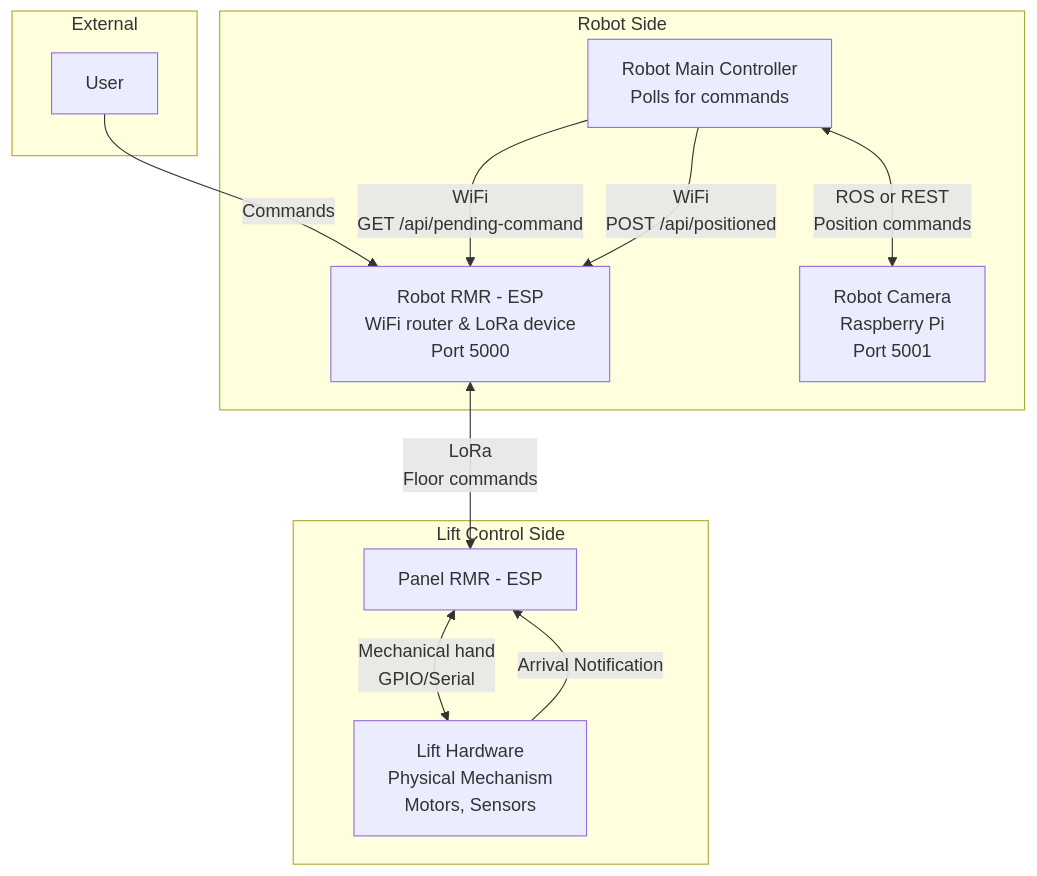
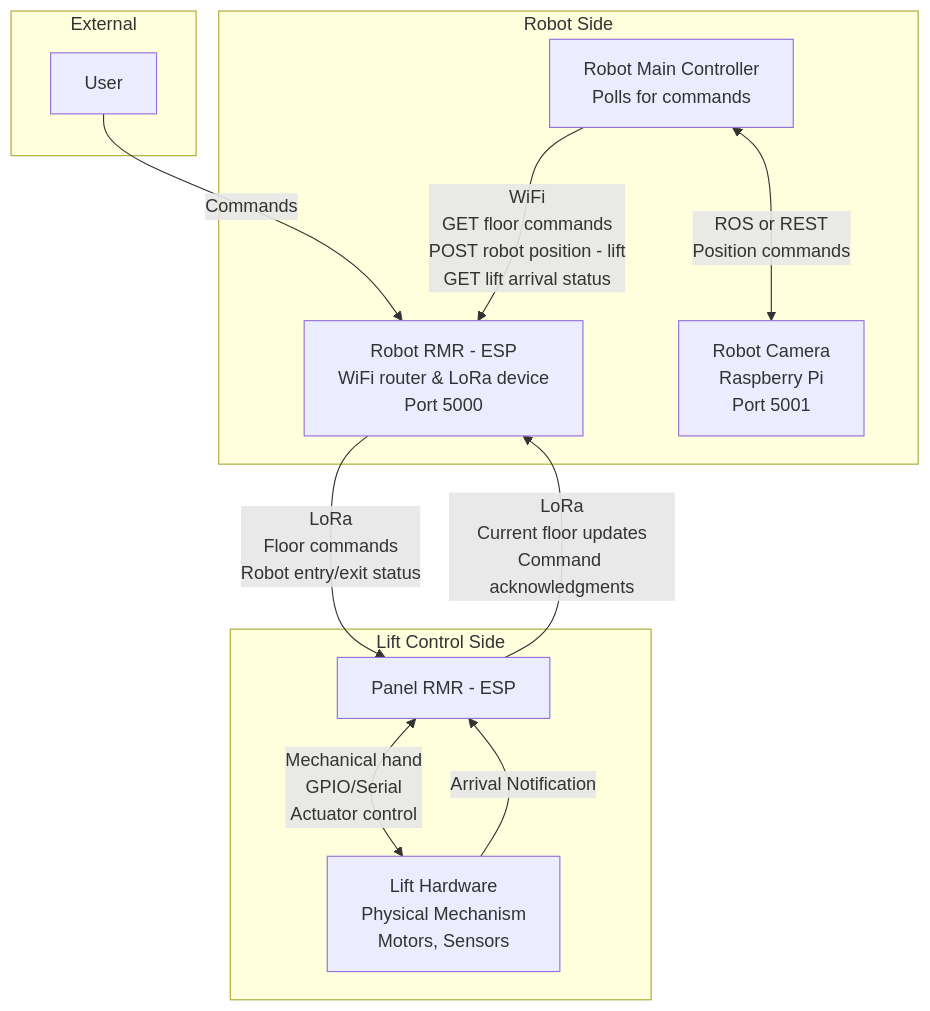
One commit to in-is-ah/rmr changed the second of 2 diagrams in senthil_version_sequence_diagram.md. Above: the diagram before and after it, drawn with Mermaid.

Commit message:
Refactor RobotMainController commands in diagram

````diff
--- a/senthil_version_sequence_diagram.md
+++ b/senthil_version_sequence_diagram.md
@@ -76,25 +76,25 @@
 ```mermaid
 graph TB
     subgraph "External"
         User[User]
     end
     
     subgraph "Robot Side"
         RobotRMR[Robot RMR - ESP<br/>WiFi router & LoRa device<br/>Port 5000]
         RobotMainController[Robot Main Controller<br/>Polls for commands]
         RobotCamera[Robot Camera<br/>Raspberry Pi<br/>Port 5001]
     end
     
     subgraph "Lift Control Side"
         PanelRMR[Panel RMR - ESP]
         LiftHardware[Lift Hardware<br/>Physical Mechanism<br/>Motors, Sensors]
     end
     
     User -->|Commands| RobotRMR
-    RobotMainController -->|WiFi<br/>GET /api/pending-command| RobotRMR
-    RobotMainController -->|WiFi<br/>POST /api/positioned| RobotRMR
+    RobotMainController -->|WiFi<br/>GET floor commands<br/>POST robot position - lift<br/>GET lift arrival status| RobotRMR
     RobotMainController <-->|ROS or REST<br/>Position commands| RobotCamera
-    RobotRMR <-->|LoRa<br/>Floor commands| PanelRMR
-    PanelRMR <-->|Mechanical hand<br/>GPIO/Serial| LiftHardware
+    RobotRMR -->|LoRa<br/>Floor commands<br/>Robot entry/exit status| PanelRMR
+    PanelRMR -->|LoRa<br/>Current floor updates<br/>Command acknowledgments| RobotRMR
+    PanelRMR <-->|Mechanical hand<br/>GPIO/Serial<br/>Actuator control| LiftHardware
     LiftHardware -->|Arrival Notification| PanelRMR
 ```
````
